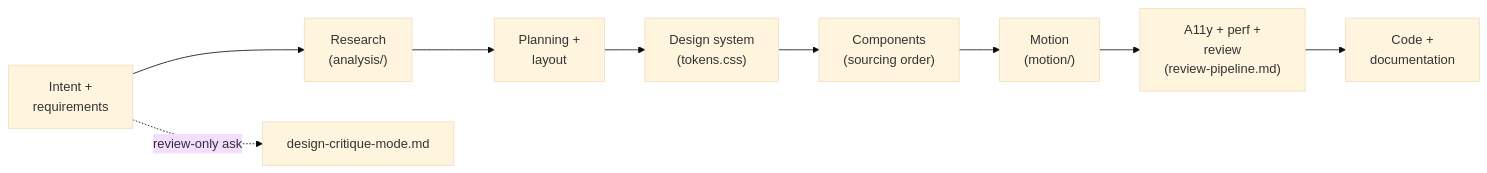
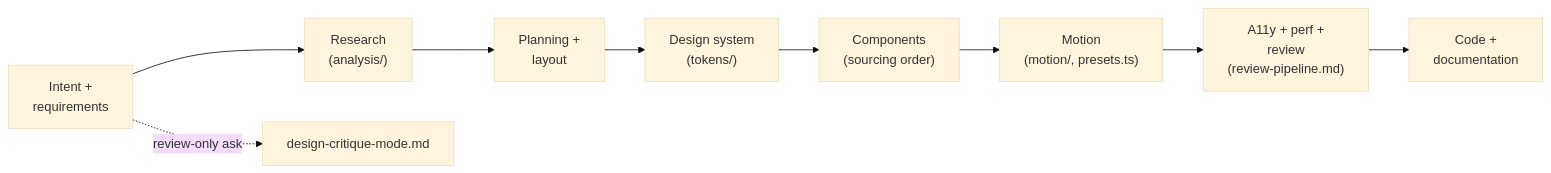
One commit to skreemkweeen/-motioncanvas-skill changed the second of 2 diagrams in .claude/skills/motioncanvas/references/architecture.md. Above: the diagram before and after it, drawn with Mermaid (base theme). The commit also changed other lines of this file and 54 other files, not shown here.

First line of the commit message:
Plugin ecosystem: runtime, design source adapters, tokens compiler, command registry (#3)

````diff
--- a/.claude/skills/motioncanvas/references/architecture.md
+++ b/.claude/skills/motioncanvas/references/architecture.md
@@ -45,12 +59,12 @@
 ```mermaid
 flowchart LR
     A["Intent +<br/>requirements"] --> B["Research<br/>(analysis/)"]
     B --> C["Planning +<br/>layout"]
-    C --> D["Design system<br/>(tokens.css)"]
+    C --> D["Design system<br/>(tokens/)"]
     D --> E["Components<br/>(sourcing order)"]
-    E --> F["Motion<br/>(motion/)"]
+    E --> F["Motion<br/>(motion/, presets.ts)"]
     F --> G["A11y + perf +<br/>review<br/>(review-pipeline.md)"]
     G --> H["Code +<br/>documentation"]
 
     A -.->|"review-only ask"| X["design-critique-mode.md"]
 ```
````
